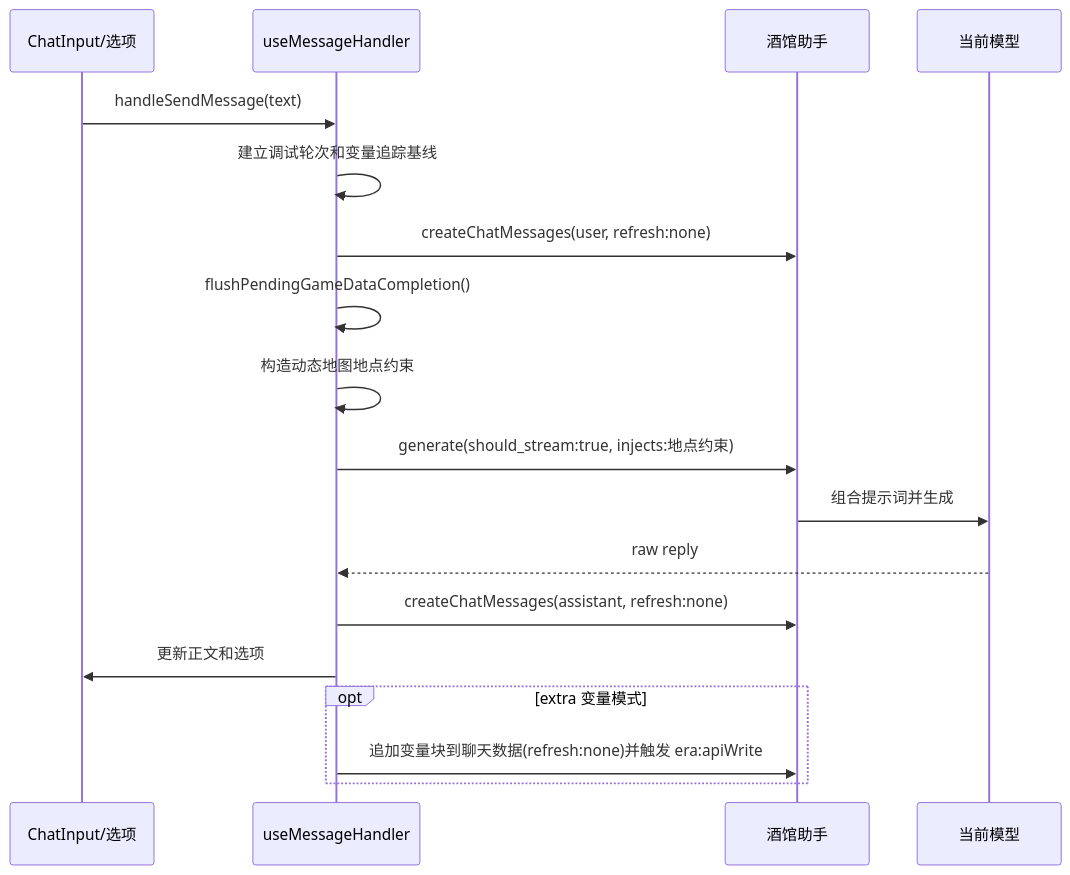
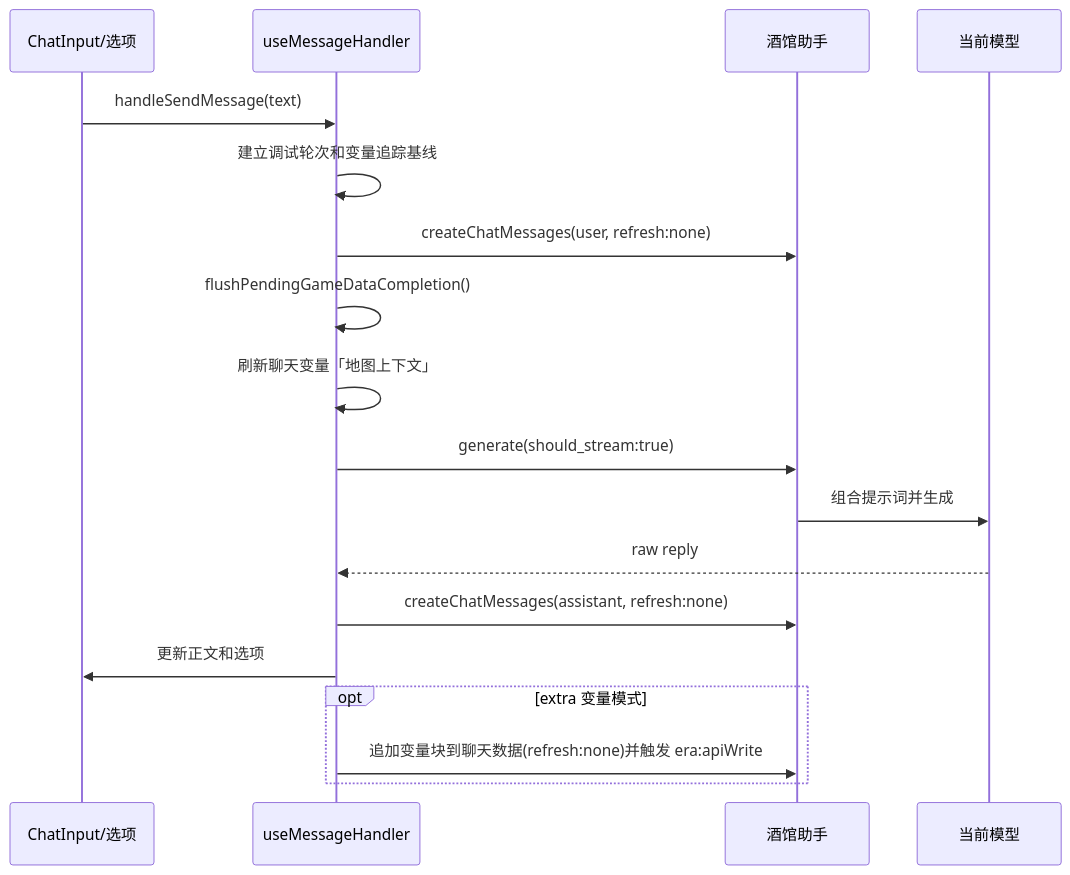
The diagram in src/武侠/docs/02-消息生命周期.md (jam4435/sillytavern0011), drawn with Mermaid before and after one commit. The commit also changed other lines of this file and 12 other files, not shown here.

````diff
--- a/src/武侠/docs/02-消息生命周期.md
+++ b/src/武侠/docs/02-消息生命周期.md
@@ -11,21 +11,21 @@
 ```mermaid
 sequenceDiagram
     participant UI as ChatInput/选项
     participant Handler as useMessageHandler
     participant Tavern as 酒馆助手
     participant Model as 当前模型
 
     UI->>Handler: handleSendMessage(text)
     Handler->>Handler: 建立调试轮次和变量追踪基线
     Handler->>Tavern: createChatMessages(user, refresh:none)
     Handler->>Handler: flushPendingGameDataCompletion()
-    Handler->>Handler: 构造动态地图地点约束
-    Handler->>Tavern: generate(should_stream:true, injects:地点约束)
+    Handler->>Handler: 刷新聊天变量「地图上下文」
+    Handler->>Tavern: generate(should_stream:true)
     Tavern->>Model: 组合提示词并生成
     Model-->>Handler: raw reply
     Handler->>Tavern: createChatMessages(assistant, refresh:none)
     Handler->>UI: 更新正文和选项
     opt extra 变量模式
         Handler->>Tavern: 追加变量块到聊天数据(refresh:none)并触发 era:apiWrite
     end
 ```
````
